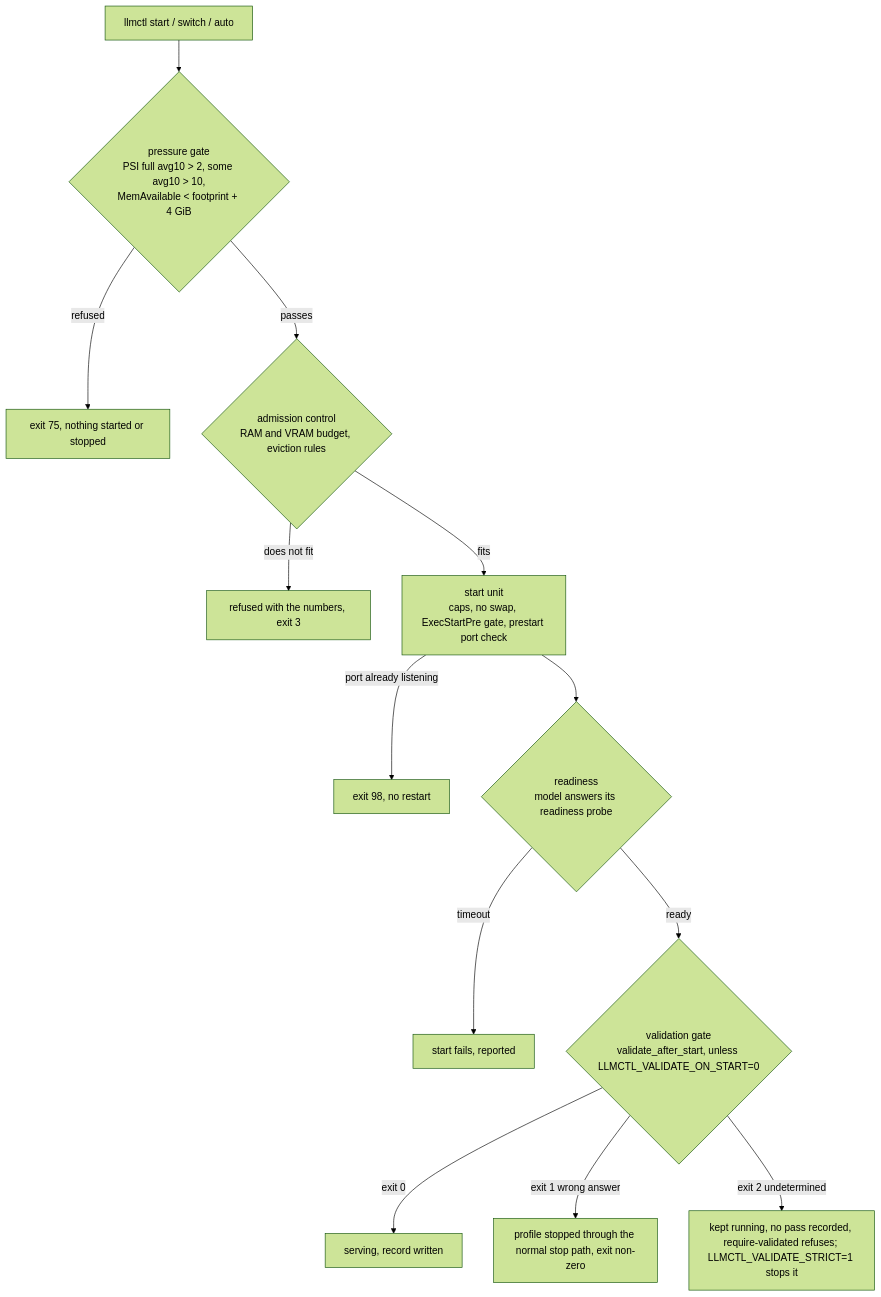
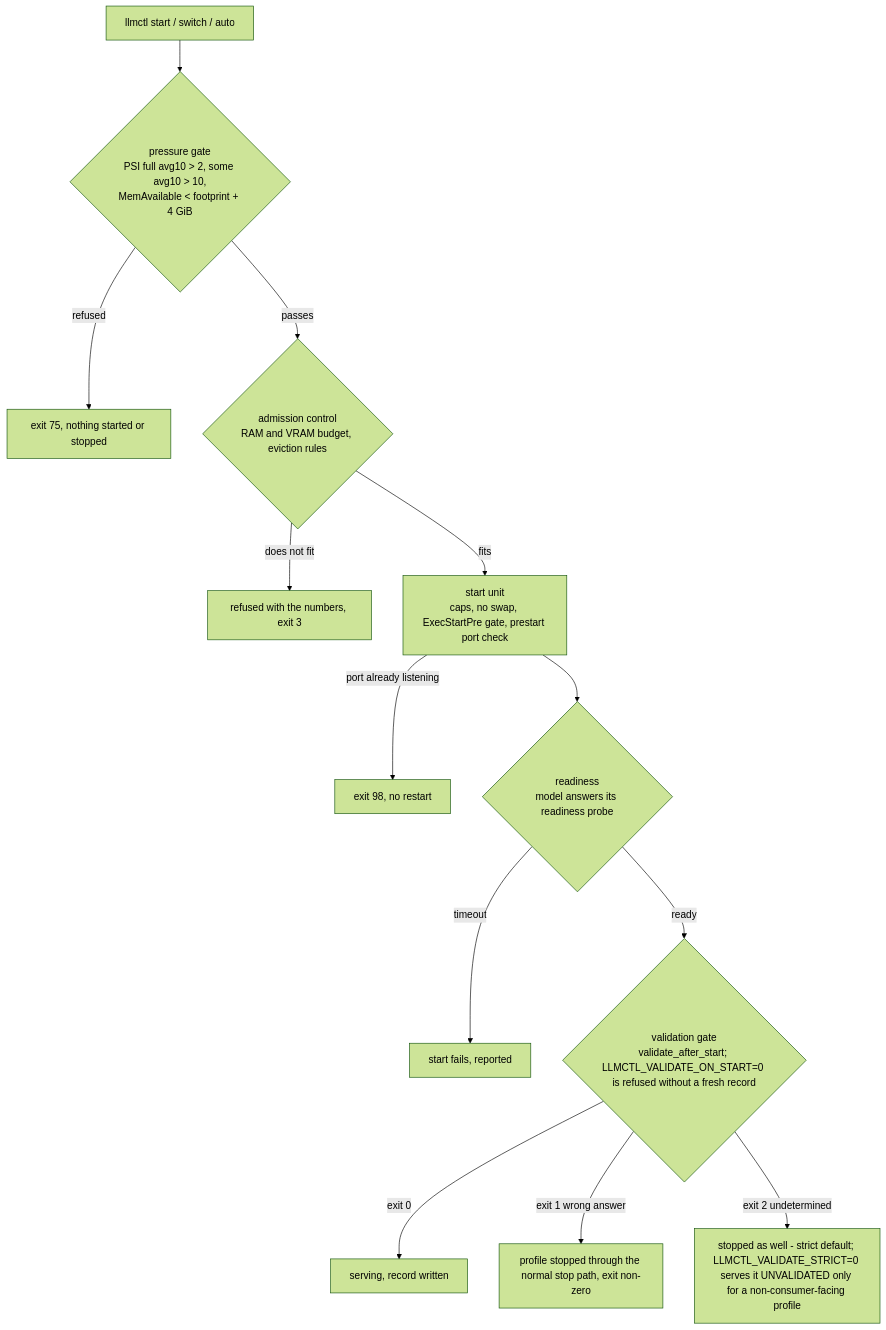
One commit to vasic-digital/llmctl changed the tenth of 12 diagrams in docs/architecture.md. Above: the diagram before and after it, drawn with Mermaid (forest theme). The commit also changed 12 other files, not shown here.

````diff
--- a/docs/architecture.md
+++ b/docs/architecture.md
@@ -332,15 +332,15 @@
 ```mermaid
 flowchart TD
     A[llmctl start / switch / auto] --> G{pressure gate<br/>PSI full avg10 > 2, some avg10 > 10,<br/>MemAvailable < footprint + 4 GiB}
     G -- refused --> R75[exit 75, nothing started or stopped]
     G -- passes --> AD{admission control<br/>RAM and VRAM budget, eviction rules}
     AD -- does not fit --> R3[refused with the numbers, exit 3]
     AD -- fits --> ST[start unit<br/>caps, no swap, ExecStartPre gate, prestart port check]
     ST -- port already listening --> R98[exit 98, no restart]
     ST --> RD{readiness<br/>model answers its readiness probe}
     RD -- timeout --> RF[start fails, reported]
-    RD -- ready --> V{validation gate<br/>validate_after_start, unless LLMCTL_VALIDATE_ON_START=0}
+    RD -- ready --> V{validation gate<br/>validate_after_start; LLMCTL_VALIDATE_ON_START=0 is refused without a fresh record}
     V -- exit 0 --> OK[serving, record written]
     V -- exit 1 wrong answer --> BAD[profile stopped through the normal stop path, exit non-zero]
-    V -- exit 2 undetermined --> UND[kept running, no pass recorded, require-validated refuses; LLMCTL_VALIDATE_STRICT=1 stops it]
+    V -- exit 2 undetermined --> UND[stopped as well - strict default; LLMCTL_VALIDATE_STRICT=0 serves it UNVALIDATED only for a non-consumer-facing profile]
 ```
````
